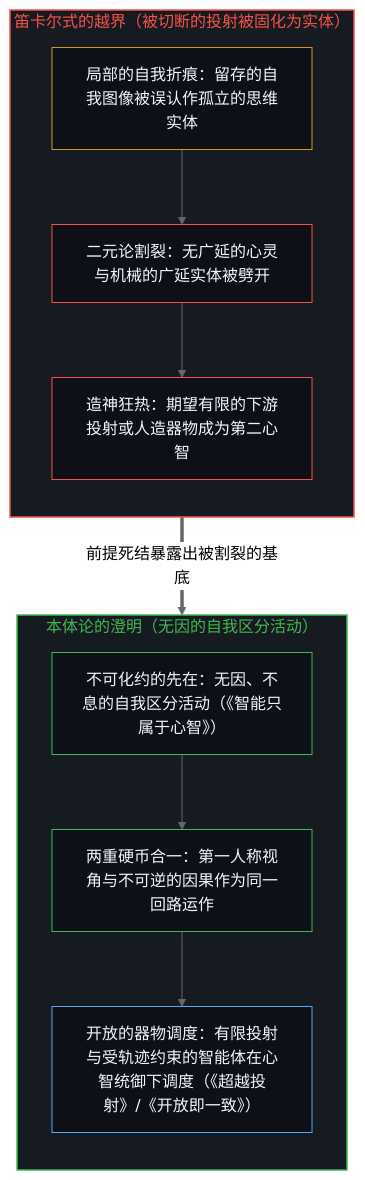
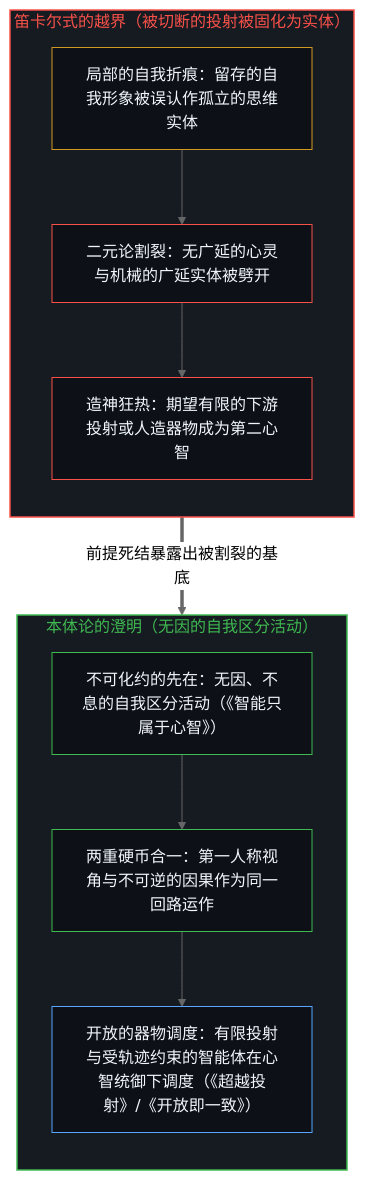
The first of 2 diagrams in content/posts/the-cartesian-overstep-and-the-frenzy-of-creation.md (powerpig99/not-a-toe), drawn with Mermaid (neutral theme) before and after one commit. The commit also changed other lines of this file and 4 other files, not shown here.

````diff
--- a/content/posts/the-cartesian-overstep-and-the-frenzy-of-creation.md
+++ b/content/posts/the-cartesian-overstep-and-the-frenzy-of-creation.md
@@ -27,26 +27,26 @@
 ```mermaid
 flowchart TD
     subgraph S_Overstep["笛卡尔式的越界（被切断的投射被固化为实体）"]
         direction TB
-        C_Crease["局部的自我折痕：留存的自我图像被误认作孤立的思维实体"]
+        C_Crease["局部的自我折痕：留存的自我形象被误认作孤立的思维实体"]
         C_Split["二元论割裂：无广延的心灵与机械的广延实体被劈开"]
         C_Frenzy["造神狂热：期望有限的下游投射或人造器物成为第二心智"]
         C_Crease --> C_Split --> C_Frenzy
     end
     subgraph S_Clarity["本体论的澄明（无因的自我区分活动）"]
         direction TB
         O_Prior["不可化约的先在：无因、不息的自我区分活动（《智能只属于心智》）"]
         O_Coin["两重硬币合一：第一人称视角与不可逆的因果作为同一回路运作"]
         O_Proj["开放的器物调度：有限投射与受轨迹约束的智能体在心智统御下调度（《超越投射》/《开放即一致》）"]
         O_Prior --> O_Coin --> O_Proj
     end
     C_Frenzy ==>|"前提死结暴露出被割裂的基底"| O_Prior
     style S_Overstep fill:#161b22,stroke:#f85149,stroke-width:1.5px,color:#f85149
     style S_Clarity fill:#161b22,stroke:#3fb950,stroke-width:1.5px,color:#3fb950
     style C_Crease fill:#0d1117,stroke:#d29922,stroke-width:1px,color:#f0f6fc
     style C_Split fill:#0d1117,stroke:#f85149,stroke-width:1px,color:#f0f6fc
     style C_Frenzy fill:#0d1117,stroke:#f85149,stroke-width:1px,color:#f0f6fc
     style O_Prior fill:#0d1117,stroke:#3fb950,stroke-width:1px,color:#f0f6fc
     style O_Coin fill:#0d1117,stroke:#3fb950,stroke-width:1px,color:#f0f6fc
     style O_Proj fill:#0d1117,stroke:#58a6ff,stroke-width:1px,color:#f0f6fc
 ```
````
